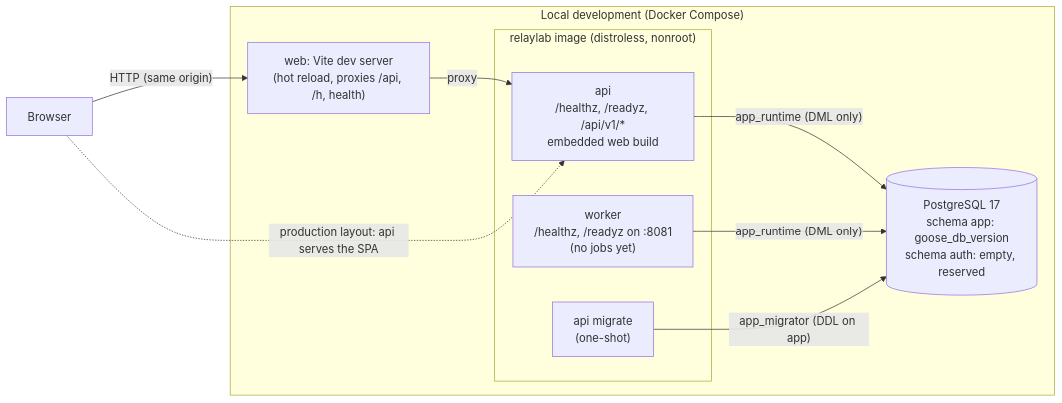
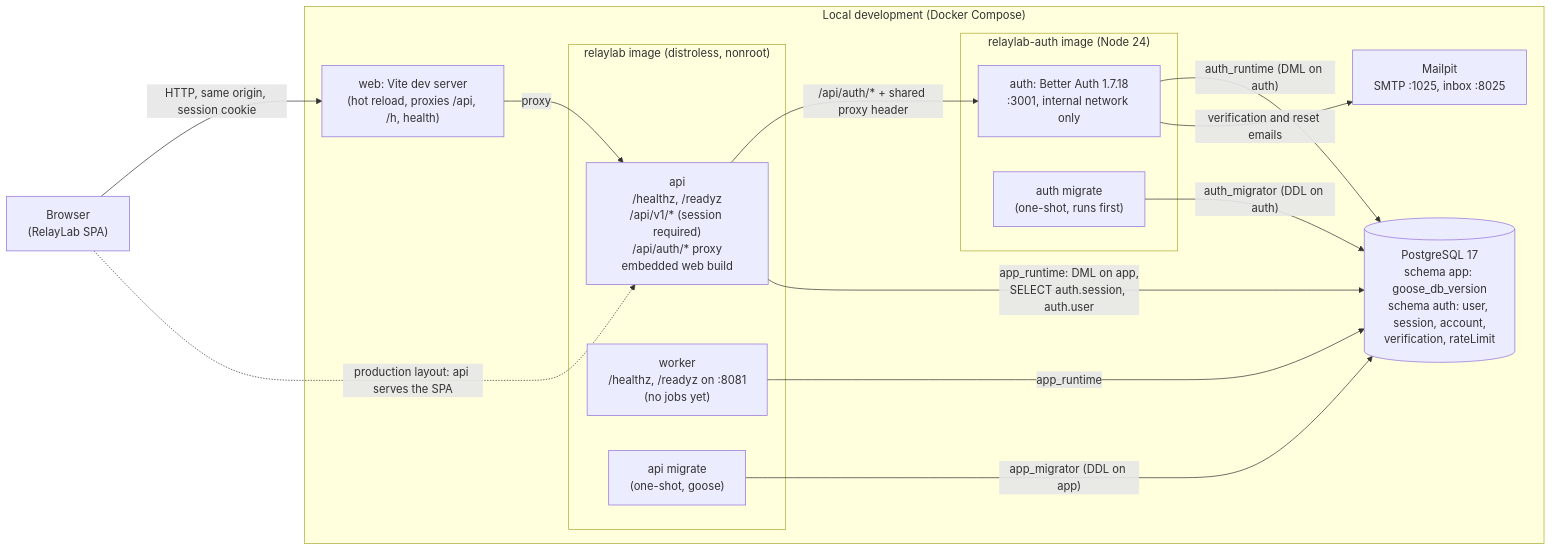
Before and after one commit to yasineh/relaylab-app: the diagram in docs/architecture/overview.md, drawn with Mermaid. The commit also changed other lines of this file and 8 other files, not shown here.

Commit message:
Document authentication, the API, and the auth schema

````diff
--- a/docs/architecture/overview.md
+++ b/docs/architecture/overview.md
@@ -6,21 +6,30 @@
 ```mermaid
 flowchart LR
-  browser["Browser"]
+  browser["Browser<br/>(RelayLab SPA)"]
 
   subgraph dev["Local development (Docker Compose)"]
     vite["web: Vite dev server<br/>(hot reload, proxies /api, /h, health)"]
     subgraph image["relaylab image (distroless, nonroot)"]
-      api["api<br/>/healthz, /readyz, /api/v1/*<br/>embedded web build"]
+      api["api<br/>/healthz, /readyz<br/>/api/v1/* (session required)<br/>/api/auth/* proxy<br/>embedded web build"]
       worker["worker<br/>/healthz, /readyz on :8081<br/>(no jobs yet)"]
-      migrate["api migrate<br/>(one-shot)"]
+      migrate["api migrate<br/>(one-shot, goose)"]
     end
-    pg[("PostgreSQL 17<br/>schema app: goose_db_version<br/>schema auth: empty, reserved")]
+    subgraph authimg["relaylab-auth image (Node 24)"]
+      auth["auth: Better Auth 1.7.18<br/>:3001, internal network only"]
+      authmigrate["auth migrate<br/>(one-shot, runs first)"]
+    end
+    pg[("PostgreSQL 17<br/>schema app: goose_db_version<br/>schema auth: user, session, account,<br/>verification, rateLimit")]
+    mailpit["Mailpit<br/>SMTP :1025, inbox :8025"]
   end
 
-  browser -->|"HTTP (same origin)"| vite
+  browser -->|"HTTP, same origin, session cookie"| vite
   vite -->|"proxy"| api
   browser -.->|"production layout: api serves the SPA"| api
-  api -->|"app_runtime (DML only)"| pg
-  worker -->|"app_runtime (DML only)"| pg
+  api -->|"/api/auth/* + shared proxy header"| auth
+  api -->|"app_runtime: DML on app,<br/>SELECT auth.session, auth.user"| pg
+  worker -->|"app_runtime"| pg
   migrate -->|"app_migrator (DDL on app)"| pg
+  auth -->|"auth_runtime (DML on auth)"| pg
+  authmigrate -->|"auth_migrator (DDL on auth)"| pg
+  auth -->|"verification and reset emails"| mailpit
 ```
````
